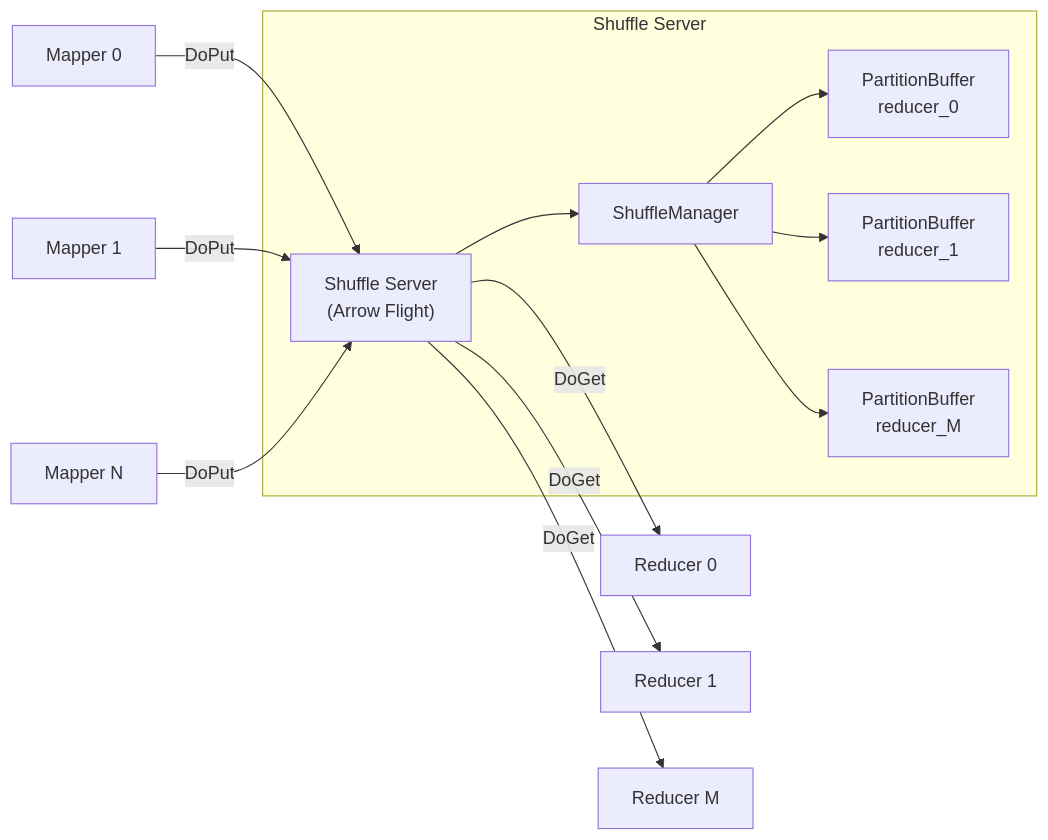
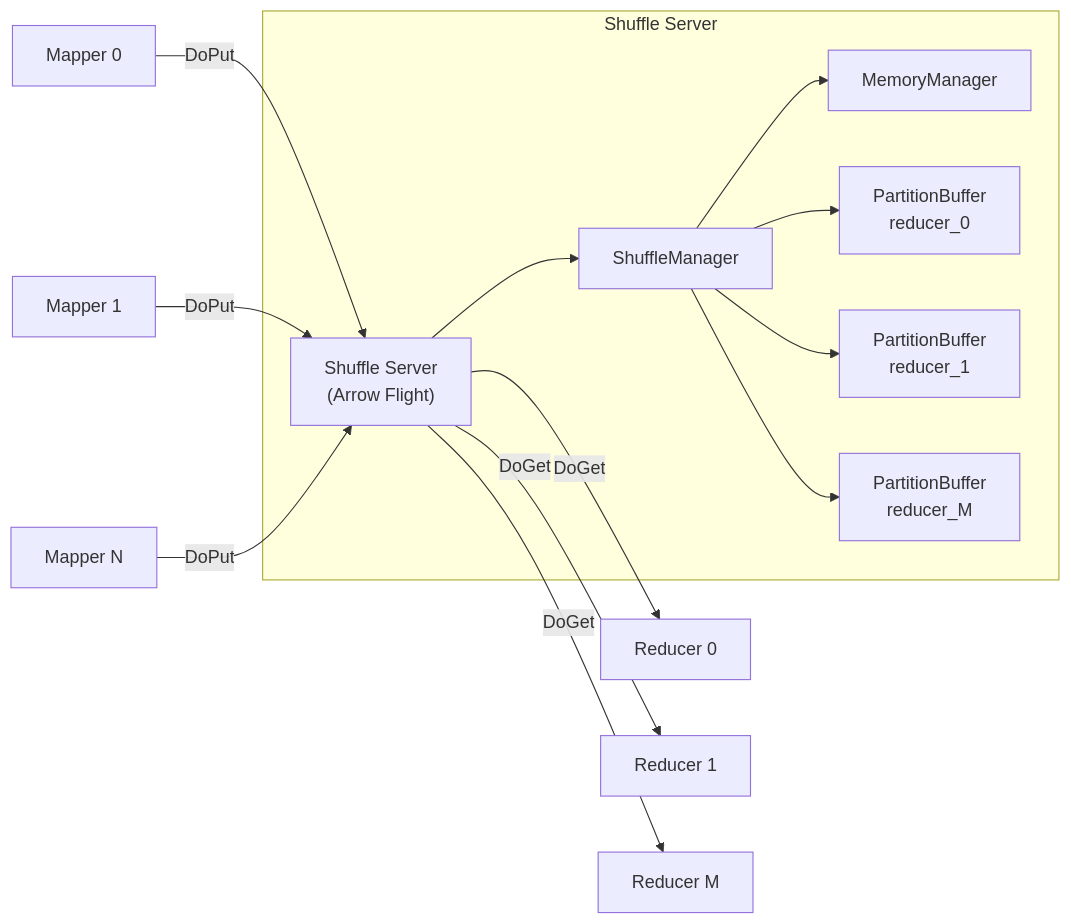
One commit to felixloesing/arrowRustShuffle changed the diagram in README.md. Above: the diagram before and after it, drawn with Mermaid. The commit also changed other lines of this file and 8 other files, not shown here.

First line of the commit message:
Introduce Global Memory Manager (#4)

````diff
--- a/README.md
+++ b/README.md
@@ -18,16 +19,17 @@
 ```mermaid
 graph LR
     M1[Mapper 0] -->|DoPut| S["Shuffle Server<br/>(Arrow Flight)"]
     M2[Mapper 1] -->|DoPut| S
     M3[Mapper N] -->|DoPut| S
     S -->|DoGet| R1[Reducer 0]
     S -->|DoGet| R2[Reducer 1]
     S -->|DoGet| R3[Reducer M]
 
     subgraph Shuffle Server
         S --> SM[ShuffleManager]
+        SM --> MM[MemoryManager]
         SM --> PB0["PartitionBuffer<br/>reducer_0"]
         SM --> PB1["PartitionBuffer<br/>reducer_1"]
         SM --> PBM["PartitionBuffer<br/>reducer_M"]
     end
 ```
````
